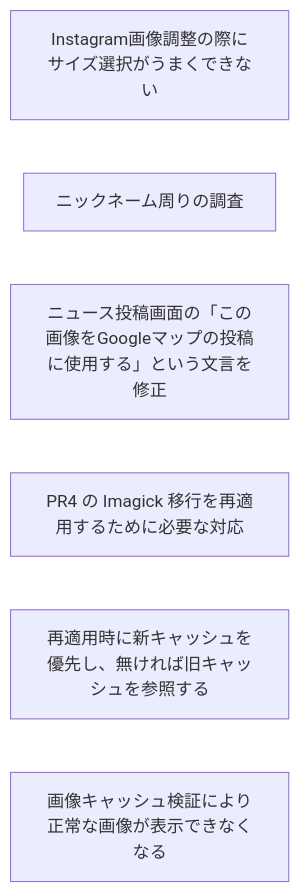
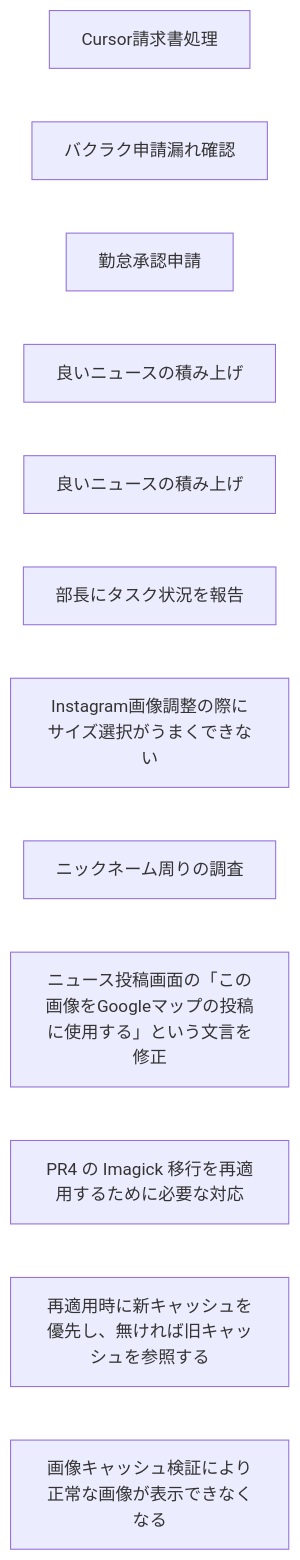
One commit to FLNYoshidaRyuta/task_management changed the diagram in tasks/依存関係図.md. Above: the diagram before and after it, drawn with Mermaid. The commit also changed 22 other files, not shown here.

````diff
--- a/tasks/依存関係図.md
+++ b/tasks/依存関係図.md
@@ -3,9 +3,15 @@
 ```mermaid
 flowchart LR
-    T0["Instagram画像調整の際にサイズ選択がうまくできない"]
-    T1["ニックネーム周りの調査"]
-    T2["ニュース投稿画面の「この画像をGoogleマップの投稿に使用する」という文言を修正"]
-    T3["PR4 の Imagick 移行を再適用するために必要な対応"]
-    T4["再適用時に新キャッシュを優先し、無ければ旧キャッシュを参照する"]
-    T5["画像キャッシュ検証により正常な画像が表示できなくなる"]
+    T0["Cursor請求書処理"]
+    T1["バクラク申請漏れ確認"]
+    T2["勤怠承認申請"]
+    T3["良いニュースの積み上げ"]
+    T4["良いニュースの積み上げ"]
+    T5["部長にタスク状況を報告"]
+    T6["Instagram画像調整の際にサイズ選択がうまくできない"]
+    T7["ニックネーム周りの調査"]
+    T8["ニュース投稿画面の「この画像をGoogleマップの投稿に使用する」という文言を修正"]
+    T9["PR4 の Imagick 移行を再適用するために必要な対応"]
+    T10["再適用時に新キャッシュを優先し、無ければ旧キャッシュを参照する"]
+    T11["画像キャッシュ検証により正常な画像が表示できなくなる"]
 ```
````
